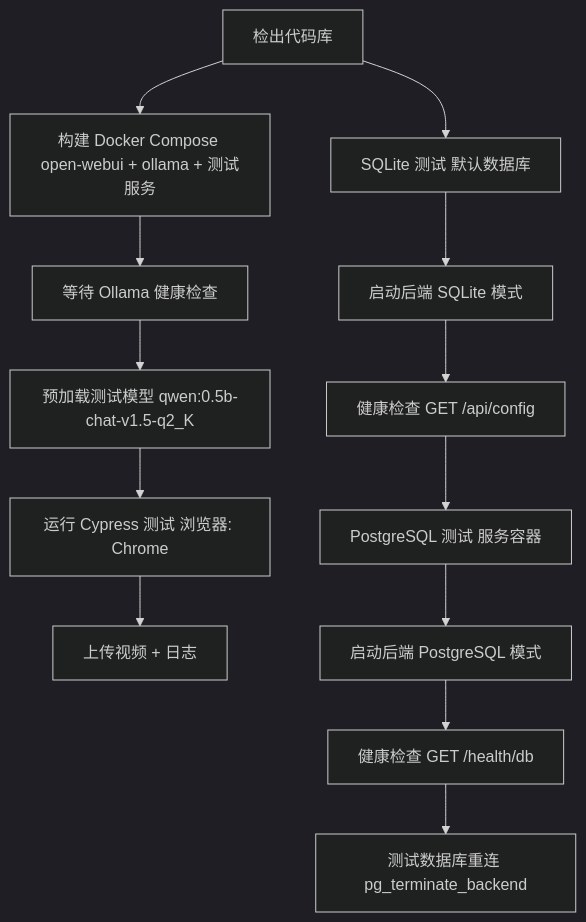
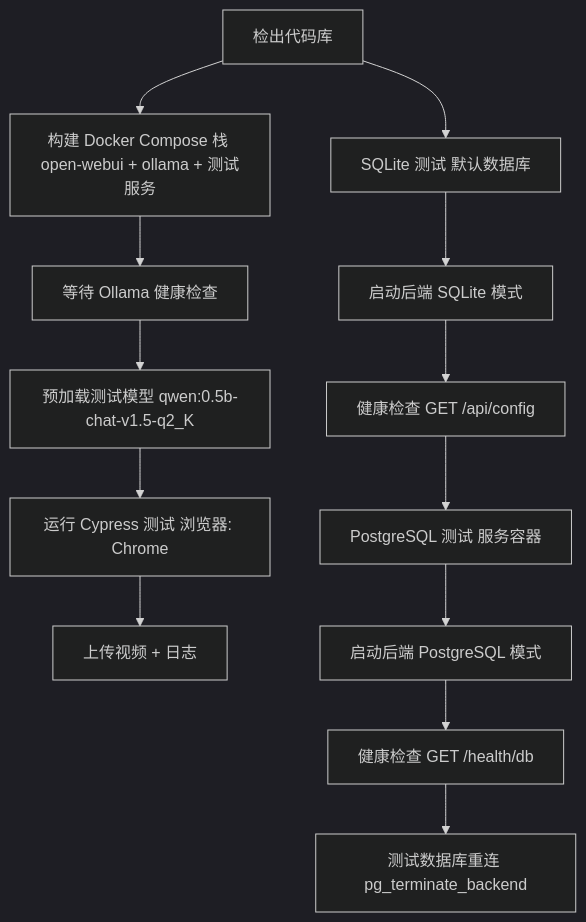
Before and after one commit to Chesszyh/Wiki: the third of 5 diagrams in tests/open-webui_deepwiki/zh/18-development-and-testing.md, drawn with Mermaid (dark theme). The commit also changed other lines of this file and 234 other files, not shown here.

````diff
--- a/tests/open-webui_deepwiki/zh/18-development-and-testing.md
+++ b/tests/open-webui_deepwiki/zh/18-development-and-testing.md
@@ -218,29 +218,29 @@
 ```mermaid
 flowchart TD
     Checkout["检出代码库"]
-    BuildStack["构建 Docker Compose open-webui + ollama + 测试服务"]
+    BuildStack["构建 Docker Compose 栈 open-webui + ollama + 测试服务"]
     WaitOllama["等待 Ollama 健康检查"]
     PreloadModel["预加载测试模型 qwen:0.5b-chat-v1.5-q2_K"]
     CypressRun["运行 Cypress 测试 浏览器: Chrome"]
     UploadArtifacts["上传视频 + 日志"]
     SQLiteTest["SQLite 测试 默认数据库"]
     PostgresTest["PostgreSQL 测试 服务容器"]
     UvicornSQLite["启动后端 SQLite 模式"]
     HealthCheckSQLite["健康检查 GET /api/config"]
     UvicornPostgres["启动后端 PostgreSQL 模式"]
     HealthCheckPostgres["健康检查 GET /health/db"]
     ReconnectTest["测试数据库重连 pg_terminate_backend"]
 
     Checkout --> BuildStack
     BuildStack --> WaitOllama
     WaitOllama --> PreloadModel
     PreloadModel --> CypressRun
     CypressRun --> UploadArtifacts
     Checkout --> SQLiteTest
     SQLiteTest --> UvicornSQLite
     UvicornSQLite --> HealthCheckSQLite
     HealthCheckSQLite --> PostgresTest
     PostgresTest --> UvicornPostgres
     UvicornPostgres --> HealthCheckPostgres
     HealthCheckPostgres --> ReconnectTest
 ```
````
